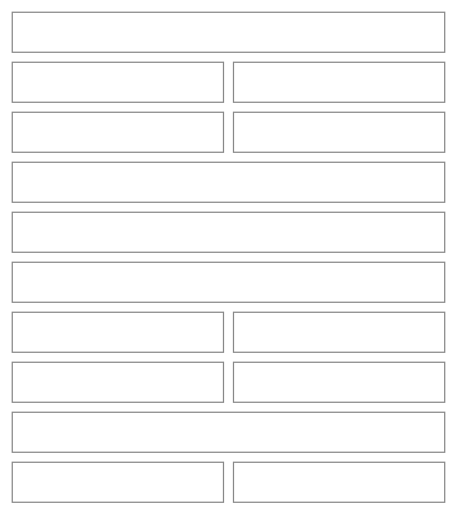
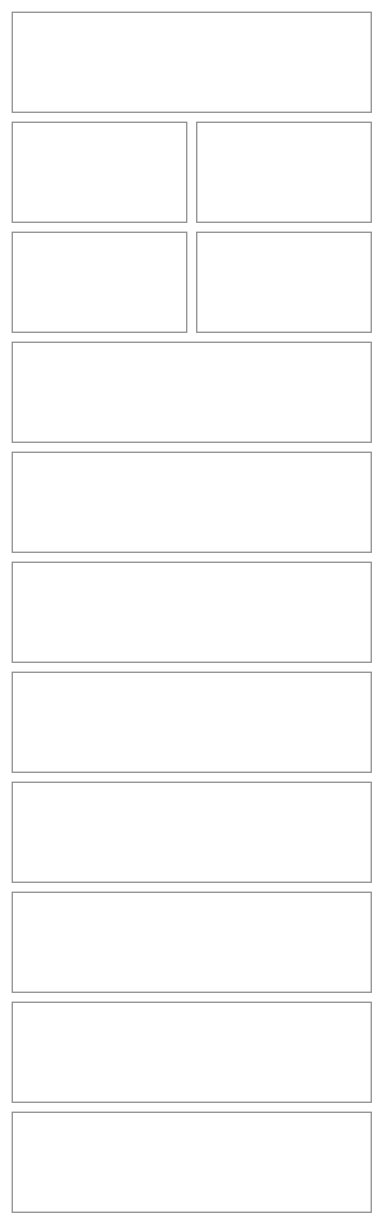
Before and after one commit to NovaMoonX/moondreams-dev-apps: diagram 16 of 31 in src/apps/pinch/UX.md, drawn with Mermaid. The commit also changed other lines of this file and 2 other files, not shown here.

First line of the commit message:
Pinch redesign: docs for the recipe start flow, nutrition basis, view options and help modal

````diff
--- a/src/apps/pinch/UX.md
+++ b/src/apps/pinch/UX.md
@@ -476,35 +514,31 @@
 ```mermaid
 %%{init: {'theme': 'base', 'themeVariables': {'primaryColor': 'transparent', 'primaryBorderColor': '#888888', 'primaryTextColor': '#333333', 'lineColor': '#888888'}}}%%
 block-beta
   columns 2
   K1["Kitchen"]:2
   K2["🏪 Stores  ·  6"]:1
   K3["🛒 Products  ·  14"]:1
   K4["INGREDIENTS  42"]:1
   K5["+ New"]:1
-  K6["[ Yours ]   All   🔍 Search   ⧩ 2"]:2
+  K6["🔍 Search   ⧩ 2   👁"]:2
+  K6b["[ Yours ]   All"]:2
   K7["Price: Needs a price  ✕   Clear"]:2
   K8["— Chicken —"]:2
-  K9["Chicken breast"]:1
-  K10["Walmart · $9.48 / 3 lb"]:1
-  K11["Chicken thighs"]:1
-  K12["No product yet"]:1
+  K9["Chicken breast<br/>Walmart · $9.48 / 3 lb<br/>🔥 165 · 💪 31g per 100 g"]:2
+  K11["Chicken thighs<br/>No price yet<br/>🔥 209 · 💪 26g per 100 g"]:2
   K13["— Rice —"]:2
-  K14["Jasmine rice"]:1
-  K15["Costco · $14.99 / 20 lb"]:1
+  K14["Jasmine rice<br/>Costco · $14.99 / 20 lb<br/>🔥 360 · 💪 7g per 100 g"]:2
   style K1 fill:transparent,stroke:#888888,stroke-width:1px;
   style K2 fill:transparent,stroke:#888888,stroke-width:1px;
   style K3 fill:transparent,stroke:#888888,stroke-width:1px;
   style K4 fill:transparent,stroke:#888888,stroke-width:1px;
   style K5 fill:transparent,stroke:#888888,stroke-width:1px;
   style K6 fill:transparent,stroke:#888888,stroke-width:1px;
+  style K6b fill:transparent,stroke:#888888,stroke-width:1px;
   style K7 fill:transparent,stroke:#888888,stroke-width:1px;
   style K8 fill:transparent,stroke:#888888,stroke-width:1px;
   style K9 fill:transparent,stroke:#888888,stroke-width:1px;
-  style K10 fill:transparent,stroke:#888888,stroke-width:1px;
   style K11 fill:transparent,stroke:#888888,stroke-width:1px;
-  style K12 fill:transparent,stroke:#888888,stroke-width:1px;
   style K13 fill:transparent,stroke:#888888,stroke-width:1px;
   style K14 fill:transparent,stroke:#888888,stroke-width:1px;
-  style K15 fill:transparent,stroke:#888888,stroke-width:1px;
 ```
````
